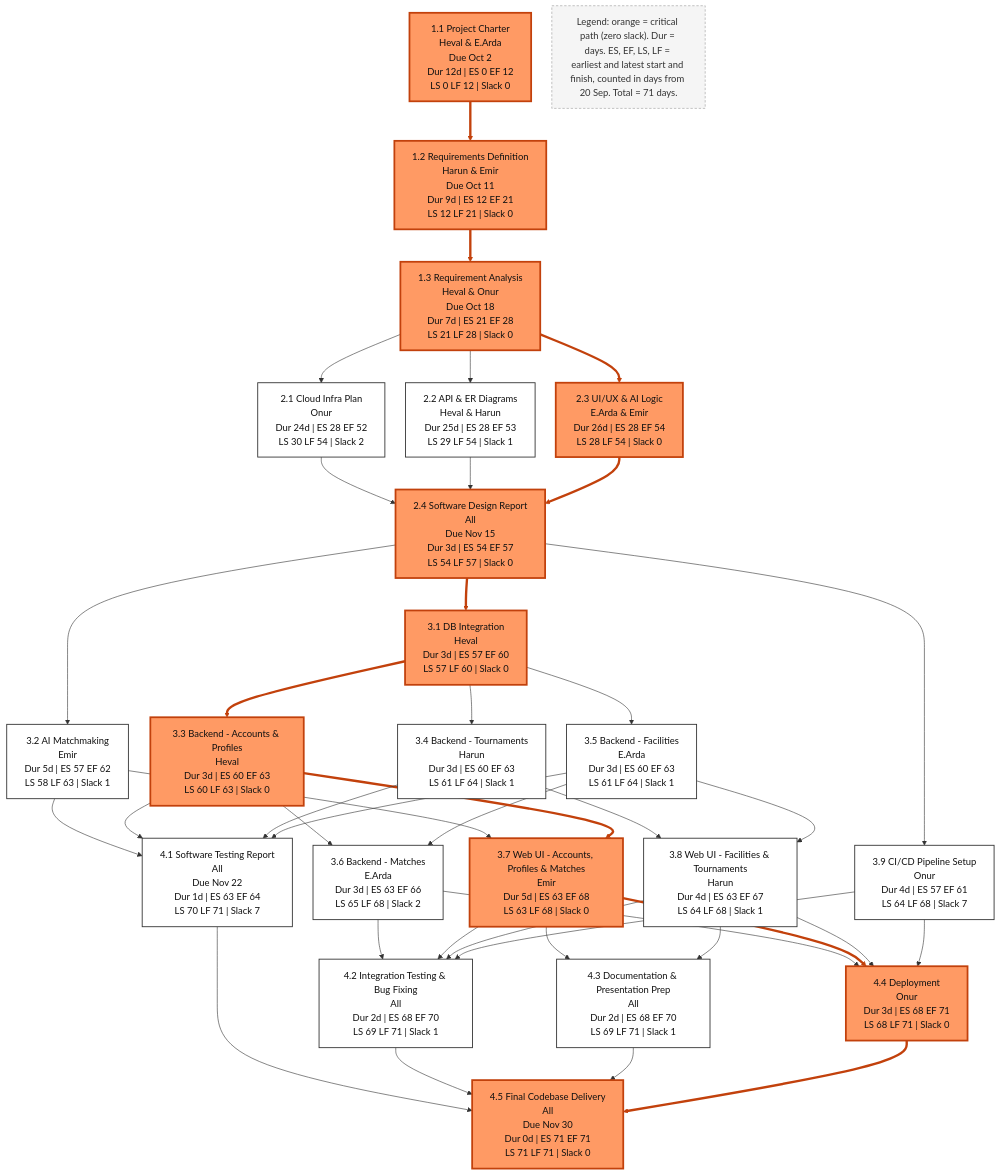
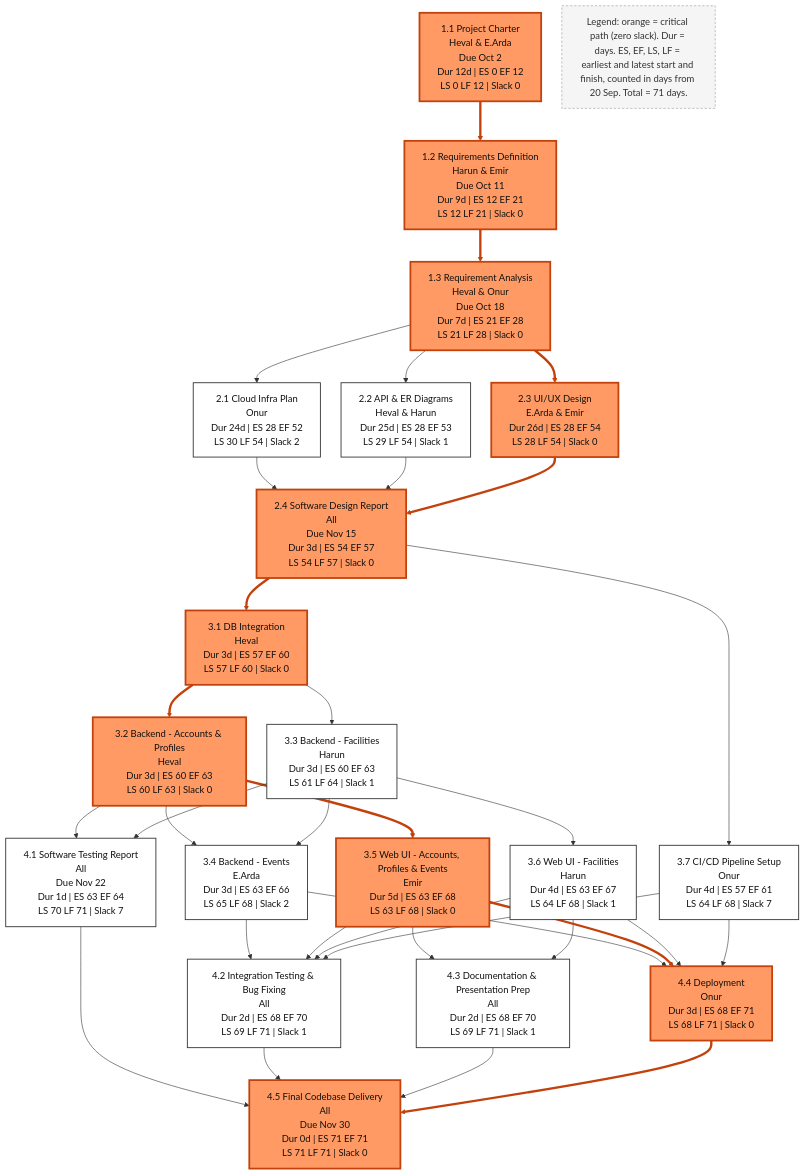
Before and after one commit to emir-heval-arda-harun/CMPE-331-project: the diagram in docs/plan/pert_chart.mmd, drawn with Mermaid. The commit also changed 139 other files, not shown here.

```diff
--- a/docs/plan/pert_chart.mmd
+++ b/docs/plan/pert_chart.mmd
@@ -1,69 +1,61 @@
 %%{init: {"flowchart": {"nodeSpacing": 35, "rankSpacing": 55, "htmlLabels": true}}}%%
 flowchart TD
     n1_1["1.1 Project Charter<br/>Heval & E.Arda<br/>Due Oct 2<br/>Dur 12d | ES 0 EF 12<br/>LS 0 LF 12 | Slack 0"]
     n1_2["1.2 Requirements Definition<br/>Harun & Emir<br/>Due Oct 11<br/>Dur 9d | ES 12 EF 21<br/>LS 12 LF 21 | Slack 0"]
     n1_3["1.3 Requirement Analysis<br/>Heval & Onur<br/>Due Oct 18<br/>Dur 7d | ES 21 EF 28<br/>LS 21 LF 28 | Slack 0"]
     n2_1["2.1 Cloud Infra Plan<br/>Onur<br/>Dur 24d | ES 28 EF 52<br/>LS 30 LF 54 | Slack 2"]
     n2_2["2.2 API & ER Diagrams<br/>Heval & Harun<br/>Dur 25d | ES 28 EF 53<br/>LS 29 LF 54 | Slack 1"]
-    n2_3["2.3 UI/UX & AI Logic<br/>E.Arda & Emir<br/>Dur 26d | ES 28 EF 54<br/>LS 28 LF 54 | Slack 0"]
+    n2_3["2.3 UI/UX Design<br/>E.Arda & Emir<br/>Dur 26d | ES 28 EF 54<br/>LS 28 LF 54 | Slack 0"]
     n2_4["2.4 Software Design Report<br/>All<br/>Due Nov 15<br/>Dur 3d | ES 54 EF 57<br/>LS 54 LF 57 | Slack 0"]
     n3_1["3.1 DB Integration<br/>Heval<br/>Dur 3d | ES 57 EF 60<br/>LS 57 LF 60 | Slack 0"]
-    n3_2["3.2 AI Matchmaking<br/>Emir<br/>Dur 5d | ES 57 EF 62<br/>LS 58 LF 63 | Slack 1"]
-    n3_3["3.3 Backend - Accounts & Profiles<br/>Heval<br/>Dur 3d | ES 60 EF 63<br/>LS 60 LF 63 | Slack 0"]
-    n3_4["3.4 Backend - Tournaments<br/>Harun<br/>Dur 3d | ES 60 EF 63<br/>LS 61 LF 64 | Slack 1"]
-    n3_5["3.5 Backend - Facilities<br/>E.Arda<br/>Dur 3d | ES 60 EF 63<br/>LS 61 LF 64 | Slack 1"]
-    n3_6["3.6 Backend - Matches<br/>E.Arda<br/>Dur 3d | ES 63 EF 66<br/>LS 65 LF 68 | Slack 2"]
-    n3_7["3.7 Web UI - Accounts, Profiles & Matches<br/>Emir<br/>Dur 5d | ES 63 EF 68<br/>LS 63 LF 68 | Slack 0"]
-    n3_8["3.8 Web UI - Facilities & Tournaments<br/>Harun<br/>Dur 4d | ES 63 EF 67<br/>LS 64 LF 68 | Slack 1"]
-    n3_9["3.9 CI/CD Pipeline Setup<br/>Onur<br/>Dur 4d | ES 57 EF 61<br/>LS 64 LF 68 | Slack 7"]
+    n3_2["3.2 Backend - Accounts & Profiles<br/>Heval<br/>Dur 3d | ES 60 EF 63<br/>LS 60 LF 63 | Slack 0"]
+    n3_3["3.3 Backend - Facilities<br/>Harun<br/>Dur 3d | ES 60 EF 63<br/>LS 61 LF 64 | Slack 1"]
+    n3_4["3.4 Backend - Events<br/>E.Arda<br/>Dur 3d | ES 63 EF 66<br/>LS 65 LF 68 | Slack 2"]
+    n3_5["3.5 Web UI - Accounts, Profiles & Events<br/>Emir<br/>Dur 5d | ES 63 EF 68<br/>LS 63 LF 68 | Slack 0"]
+    n3_6["3.6 Web UI - Facilities<br/>Harun<br/>Dur 4d | ES 63 EF 67<br/>LS 64 LF 68 | Slack 1"]
+    n3_7["3.7 CI/CD Pipeline Setup<br/>Onur<br/>Dur 4d | ES 57 EF 61<br/>LS 64 LF 68 | Slack 7"]
     n4_1["4.1 Software Testing Report<br/>All<br/>Due Nov 22<br/>Dur 1d | ES 63 EF 64<br/>LS 70 LF 71 | Slack 7"]
     n4_2["4.2 Integration Testing & Bug Fixing<br/>All<br/>Dur 2d | ES 68 EF 70<br/>LS 69 LF 71 | Slack 1"]
     n4_3["4.3 Documentation & Presentation Prep<br/>All<br/>Dur 2d | ES 68 EF 70<br/>LS 69 LF 71 | Slack 1"]
     n4_4["4.4 Deployment<br/>Onur<br/>Dur 3d | ES 68 EF 71<br/>LS 68 LF 71 | Slack 0"]
     n4_5["4.5 Final Codebase Delivery<br/>All<br/>Due Nov 30<br/>Dur 0d | ES 71 EF 71<br/>LS 71 LF 71 | Slack 0"]
     n1_1 --> n1_2
     n1_2 --> n1_3
     n1_3 --> n2_1
     n1_3 --> n2_2
     n1_3 --> n2_3
     n2_1 --> n2_4
     n2_2 --> n2_4
     n2_3 --> n2_4
     n2_4 --> n3_1
-    n2_4 --> n3_2
+    n3_1 --> n3_2
     n3_1 --> n3_3
-    n3_1 --> n3_4
-    n3_1 --> n3_5
+    n3_2 --> n3_4
+    n3_3 --> n3_4
+    n3_2 --> n3_5
     n3_3 --> n3_6
-    n3_5 --> n3_6
-    n3_2 --> n3_7
-    n3_3 --> n3_7
-    n3_4 --> n3_8
-    n3_5 --> n3_8
-    n2_4 --> n3_9
+    n2_4 --> n3_7
     n3_2 --> n4_1
     n3_3 --> n4_1
-    n3_4 --> n4_1
-    n3_5 --> n4_1
+    n3_4 --> n4_2
+    n3_5 --> n4_2
     n3_6 --> n4_2
     n3_7 --> n4_2
-    n3_8 --> n4_2
-    n3_9 --> n4_2
-    n3_7 --> n4_3
-    n3_8 --> n4_3
+    n3_5 --> n4_3
+    n3_6 --> n4_3
+    n3_4 --> n4_4
+    n3_5 --> n4_4
     n3_6 --> n4_4
     n3_7 --> n4_4
-    n3_8 --> n4_4
-    n3_9 --> n4_4
     n4_1 --> n4_5
     n4_2 --> n4_5
     n4_3 --> n4_5
     n4_4 --> n4_5
     legend["Legend: orange = critical path (zero slack). Dur = days. ES, EF, LS, LF = earliest and latest start and finish, counted in days from 20 Sep. Total = 71 days."]
     classDef crit fill:#ff9a64,stroke:#c2410c,stroke-width:3px,color:#111
     classDef norm fill:#ffffff,stroke:#333,stroke-width:1.5px,color:#111
     classDef leg fill:#f5f5f5,stroke:#999,stroke-dasharray:4 3,color:#333
-    class n1_1,n1_2,n1_3,n2_3,n2_4,n3_1,n3_3,n3_7,n4_4,n4_5 crit
-    class n2_1,n2_2,n3_2,n3_4,n3_5,n3_6,n3_8,n3_9,n4_1,n4_2,n4_3 norm
+    class n1_1,n1_2,n1_3,n2_3,n2_4,n3_1,n3_2,n3_5,n4_4,n4_5 crit
+    class n2_1,n2_2,n3_3,n3_4,n3_6,n3_7,n4_1,n4_2,n4_3 norm
     class legend leg
-    linkStyle 0,1,4,7,8,10,16,31,37 stroke:#c2410c,stroke-width:4px
+    linkStyle 0,1,4,7,8,9,13,25,31 stroke:#c2410c,stroke-width:4px
```
